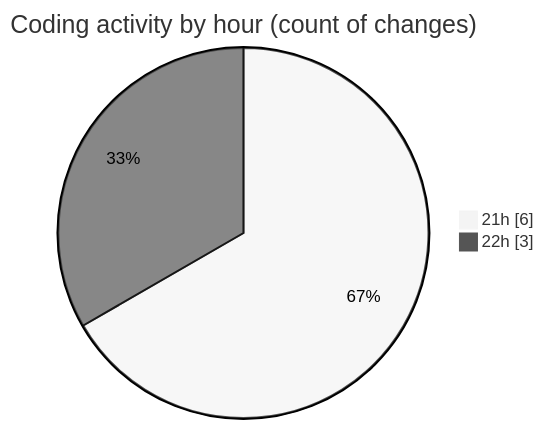
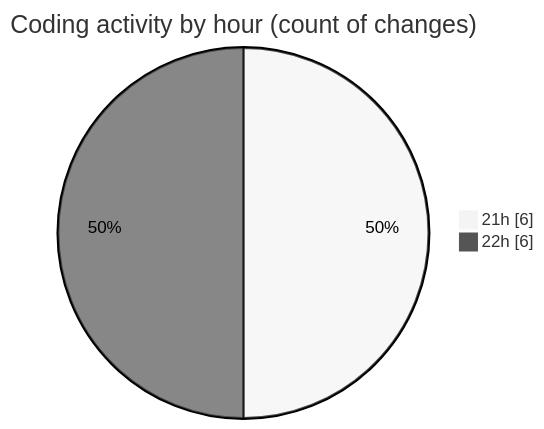
One commit to NitaiMahat/code-tracking changed the second of 2 diagrams in 2025-04-02/startfiles__2_/README.md. Above: the diagram before and after it, drawn with Mermaid (neutral theme). The commit also changed other lines of this file and 1 other file, not shown here.

````diff
--- a/2025-04-02/startfiles__2_/README.md
+++ b/2025-04-02/startfiles__2_/README.md
@@ -33,6 +33,6 @@
 ```mermaid
 pie showData
 title Coding activity by hour (count of changes)
 "21h" : 6
-"22h" : 3
+"22h" : 6
 ```
````
